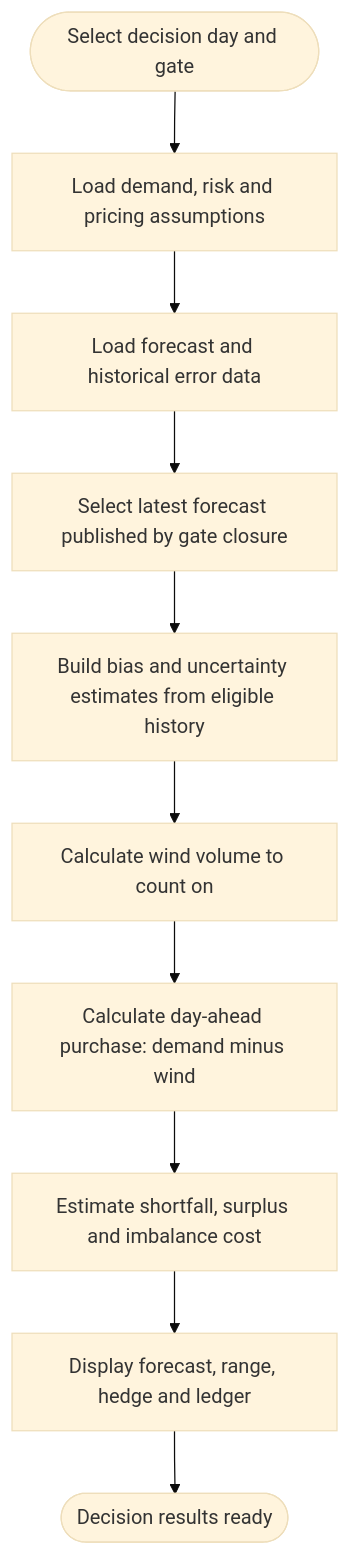
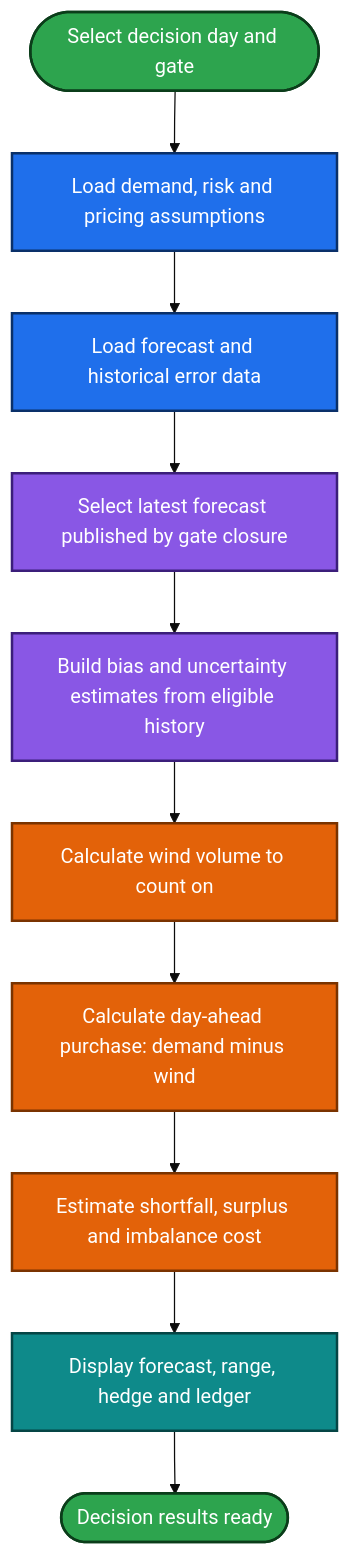
One commit to sourabhvamdevan/wind-matrix changed the third of 7 diagrams in README.md. Above: the diagram before and after it, drawn with Mermaid (base theme). The commit also changed other lines of this file, not shown here.

First line of the commit message:
Enhance README with detailed workflow and architecture

````diff
--- a/README.md
+++ b/README.md
@@ -163,12 +204,29 @@
 ```mermaid
 flowchart TD
     A([Select decision day and gate]) --> B["Load demand, risk and pricing assumptions"]
     B --> C["Load forecast and historical error data"]
     C --> D["Select latest forecast published by gate closure"]
     D --> E["Build bias and uncertainty estimates from eligible history"]
     E --> F["Calculate wind volume to count on"]
     F --> G["Calculate day-ahead purchase: demand minus wind"]
     G --> H["Estimate shortfall, surplus and imbalance cost"]
     H --> I["Display forecast, range, hedge and ledger"]
     I --> J([Decision results ready])
+
+    classDef ext fill:#1f6feb,stroke:#0a3069,color:#ffffff,stroke-width:2px
+    classDef ingest fill:#8957e5,stroke:#3b1e7a,color:#ffffff,stroke-width:2px
+    classDef store fill:#bf8700,stroke:#5c4400,color:#ffffff,stroke-width:2px
+    classDef engine fill:#d1242f,stroke:#6e1018,color:#ffffff,stroke-width:2px
+    classDef api fill:#e36209,stroke:#7a3300,color:#ffffff,stroke-width:2px
+    classDef front fill:#1a7f37,stroke:#0b3d1a,color:#ffffff,stroke-width:2px
+    classDef view fill:#0e8a8a,stroke:#054545,color:#ffffff,stroke-width:2px
+    classDef good fill:#2da44e,stroke:#0b3d1a,color:#ffffff,stroke-width:2px
+    classDef bad fill:#cf222e,stroke:#6e1018,color:#ffffff,stroke-width:2px
+    classDef decide fill:#f5c518,stroke:#7a5c00,color:#1b1f24,stroke-width:2px
+    classDef dark fill:#24292f,stroke:#000000,color:#ffffff,stroke-width:2px
+    class A,J good
+    class B,C ext
+    class D,E ingest
+    class F,G,H api
+    class I view
 ```
````
